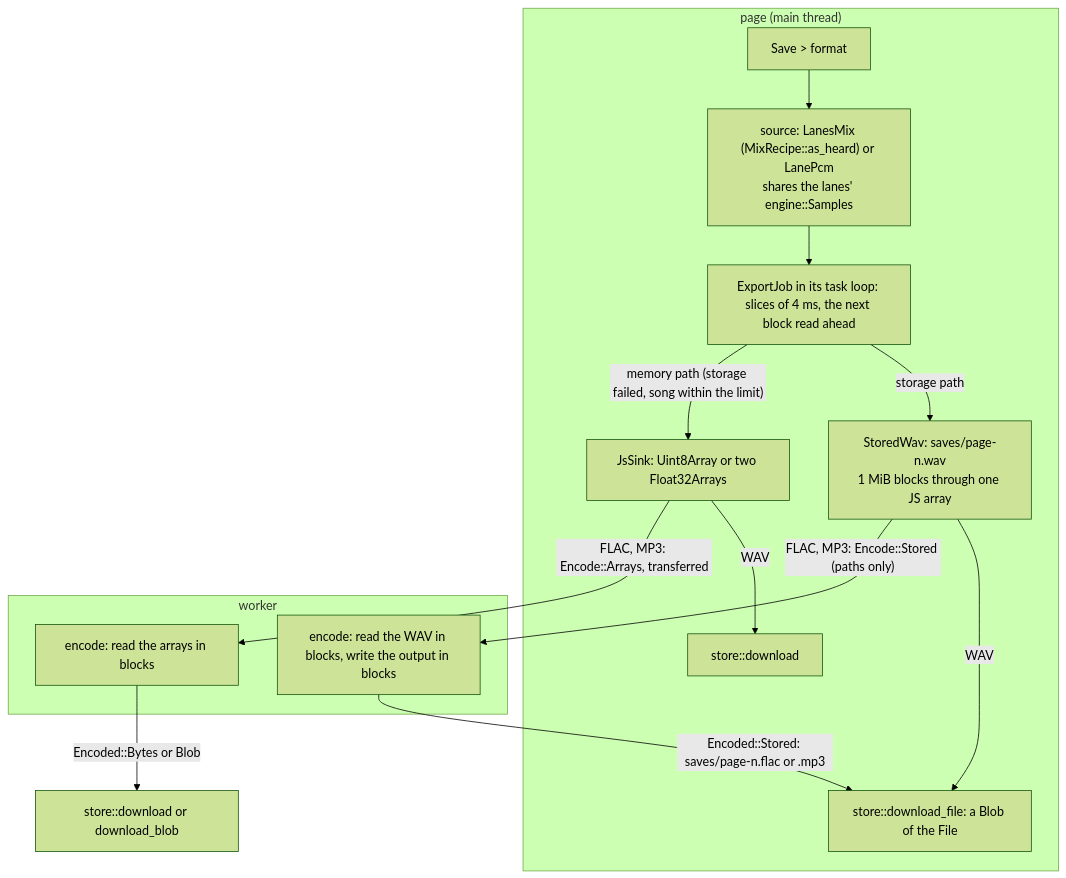
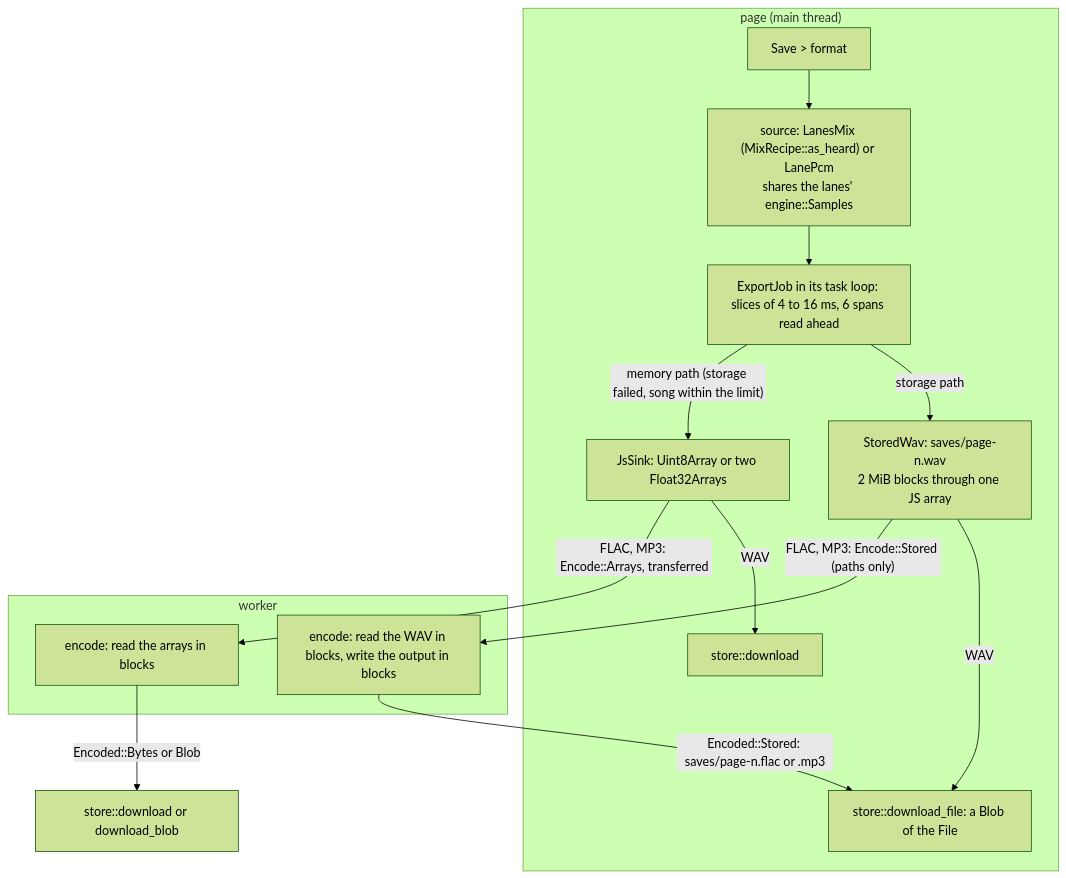
One commit to lloydmeta/stemyla changed the fifth of 5 diagrams in docs/ARCHITECTURE.md. Above: the diagram before and after it, drawn with Mermaid (forest theme). The commit also changed other lines of this file and 13 other files, not shown here.

````diff
--- a/docs/ARCHITECTURE.md
+++ b/docs/ARCHITECTURE.md
@@ -229,19 +229,19 @@
 ```mermaid
 flowchart TD
   subgraph page["page (main thread)"]
     CLICK["Save > format"] --> SRC["source: LanesMix (MixRecipe::as_heard) or LanePcm<br/>shares the lanes' engine::Samples"]
-    SRC --> JOB["ExportJob in its task loop: slices of 4 ms, the next block read ahead"]
-    JOB -->|"storage path"| WAV["StoredWav: saves/page-n.wav<br/>1 MiB blocks through one JS array"]
+    SRC --> JOB["ExportJob in its task loop: slices of 4 to 16 ms, 6 spans read ahead"]
+    JOB -->|"storage path"| WAV["StoredWav: saves/page-n.wav<br/>2 MiB blocks through one JS array"]
     WAV -->|WAV| OFFER["store::download_file: a Blob of the File"]
     JOB -->|"memory path (storage failed, song within the limit)"| JS["JsSink: Uint8Array or two Float32Arrays"]
     JS -->|WAV| DL["store::download"]
   end
   subgraph worker["worker"]
     ENC["encode: read the WAV in blocks, write the output in blocks"]
     ENCM["encode: read the arrays in blocks"]
   end
   WAV -->|"FLAC, MP3: Encode::Stored (paths only)"| ENC
   ENC -->|"Encoded::Stored: saves/page-n.flac or .mp3"| OFFER
   JS -->|"FLAC, MP3: Encode::Arrays, transferred"| ENCM
   ENCM -->|"Encoded::Bytes or Blob"| DL2["store::download or download_blob"]
 ```
````
